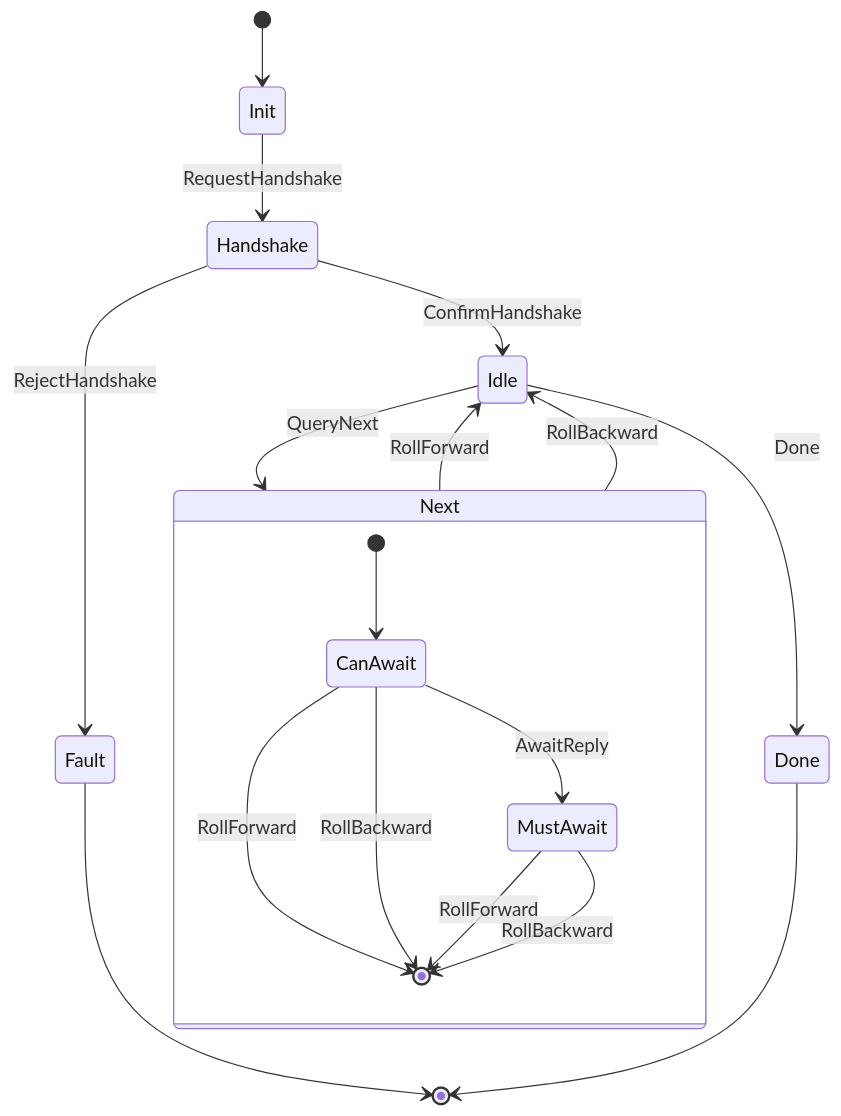
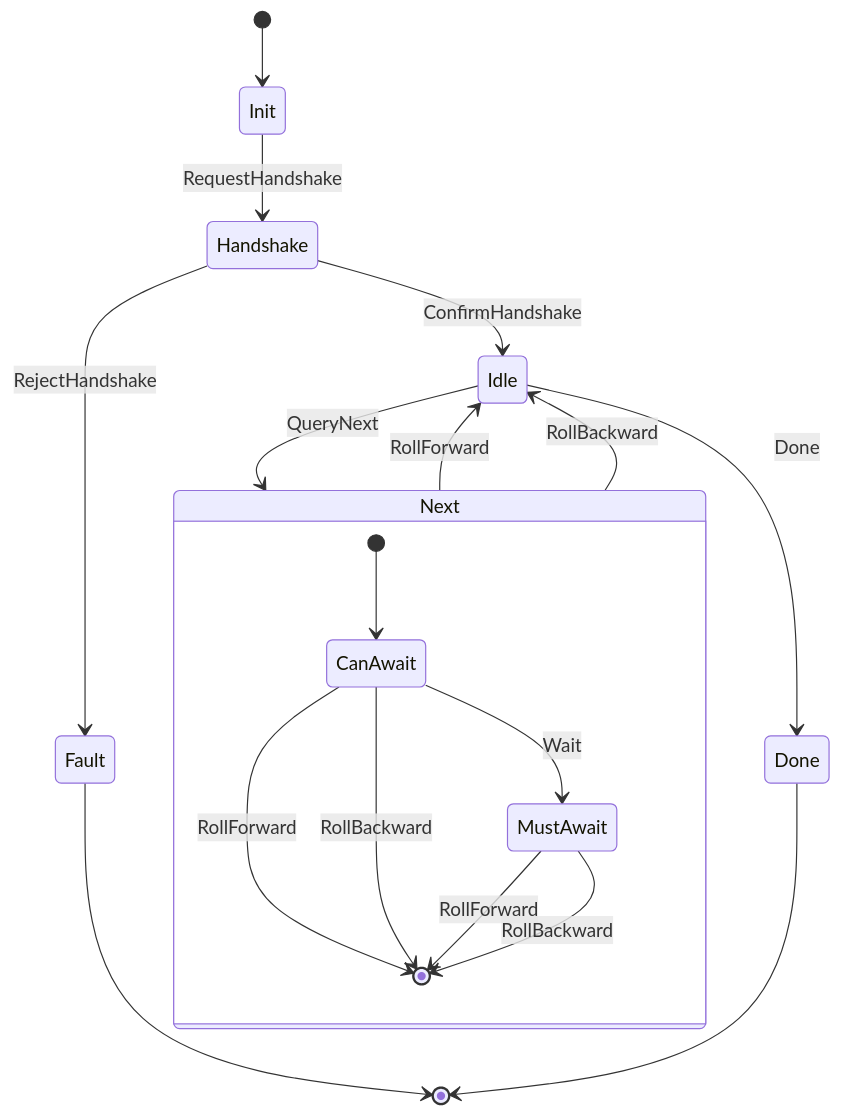
One commit to input-output-hk/marlowe-cardano changed the diagram in marlowe-runtime/docs/filtered-chain-sync-spec-1.0.md. Above: the diagram before and after it, drawn with Mermaid.

Commit message:
Fix typo in diagram AwaitReply -> Wait

````diff
--- a/marlowe-runtime/docs/filtered-chain-sync-spec-1.0.md
+++ b/marlowe-runtime/docs/filtered-chain-sync-spec-1.0.md
@@ -355,21 +355,21 @@
 ```mermaid
 stateDiagram-v2
   [*] --> Init
   Init --> Handshake : RequestHandshake
   Handshake --> Idle : ConfirmHandshake
   Handshake --> Fault : RejectHandshake
   Idle --> Next : QueryNext
   Idle --> Done : Done
   Fault --> [*]
   Done --> [*]
   state Next {
     [*] --> CanAwait
-    CanAwait --> MustAwait : AwaitReply
+    CanAwait --> MustAwait : Wait
     CanAwait --> [*] : RollForward
     CanAwait --> [*] : RollBackward
     MustAwait --> [*] : RollForward
     MustAwait --> [*] : RollBackward
   }
   Next --> Idle : RollForward
   Next --> Idle : RollBackward
 ```
````
